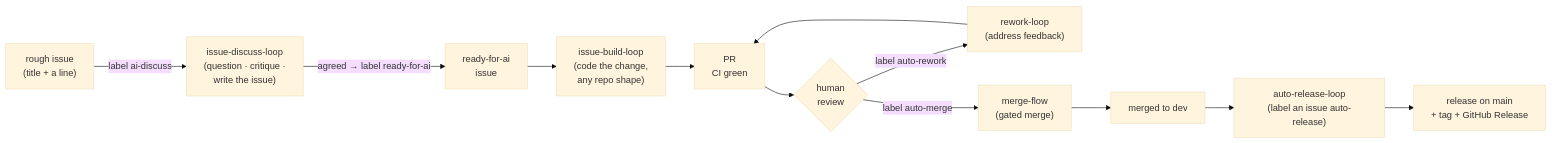
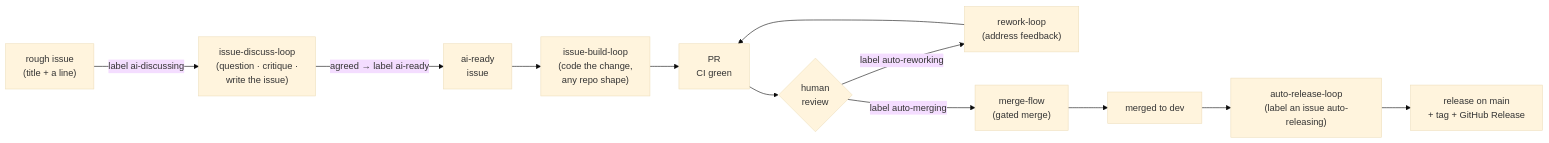
One commit to hifi-phil/umbraco-mcp-ops changed the first of 3 diagrams in docs/self-learning-system.md. Above: the diagram before and after it, drawn with Mermaid (base theme). The commit also changed other lines of this file and 85 other files, not shown here.

First line of the commit message:
feat: the label rename: every tracked label names a state, and the issue's names its stage

````diff
--- a/docs/self-learning-system.md
+++ b/docs/self-learning-system.md
@@ -12,14 +12,14 @@
 ```mermaid
 flowchart LR
-    STUB["rough issue<br/>(title + a line)"] -->|"label ai-discuss"| DISCUSS["issue-discuss-loop<br/>(question · critique ·<br/>write the issue)"]
-    DISCUSS -->|"agreed → label ready-for-ai"| ISSUE
-    ISSUE["ready-for-ai<br/>issue"] --> CODE["issue-build-loop<br/>(code the change,<br/>any repo shape)"]
+    STUB["rough issue<br/>(title + a line)"] -->|"label ai-discussing"| DISCUSS["issue-discuss-loop<br/>(question · critique ·<br/>write the issue)"]
+    DISCUSS -->|"agreed → label ai-ready"| ISSUE
+    ISSUE["ai-ready<br/>issue"] --> CODE["issue-build-loop<br/>(code the change,<br/>any repo shape)"]
     CODE --> PR["PR<br/>CI green"]
     PR --> REVIEW{"human<br/>review"}
-    REVIEW -->|"label auto-rework"| REWORK["rework-loop<br/>(address feedback)"]
+    REVIEW -->|"label auto-reworking"| REWORK["rework-loop<br/>(address feedback)"]
     REWORK --> PR
-    REVIEW -->|"label auto-merge"| MERGE["merge-flow<br/>(gated merge)"]
+    REVIEW -->|"label auto-merging"| MERGE["merge-flow<br/>(gated merge)"]
     MERGE --> MERGED["merged to dev"]
-    MERGED --> REL["auto-release-loop<br/>(label an issue auto-release)"]
+    MERGED --> REL["auto-release-loop<br/>(label an issue auto-releasing)"]
     REL --> SHIP["release on main<br/>+ tag + GitHub Release"]
 ```
````
